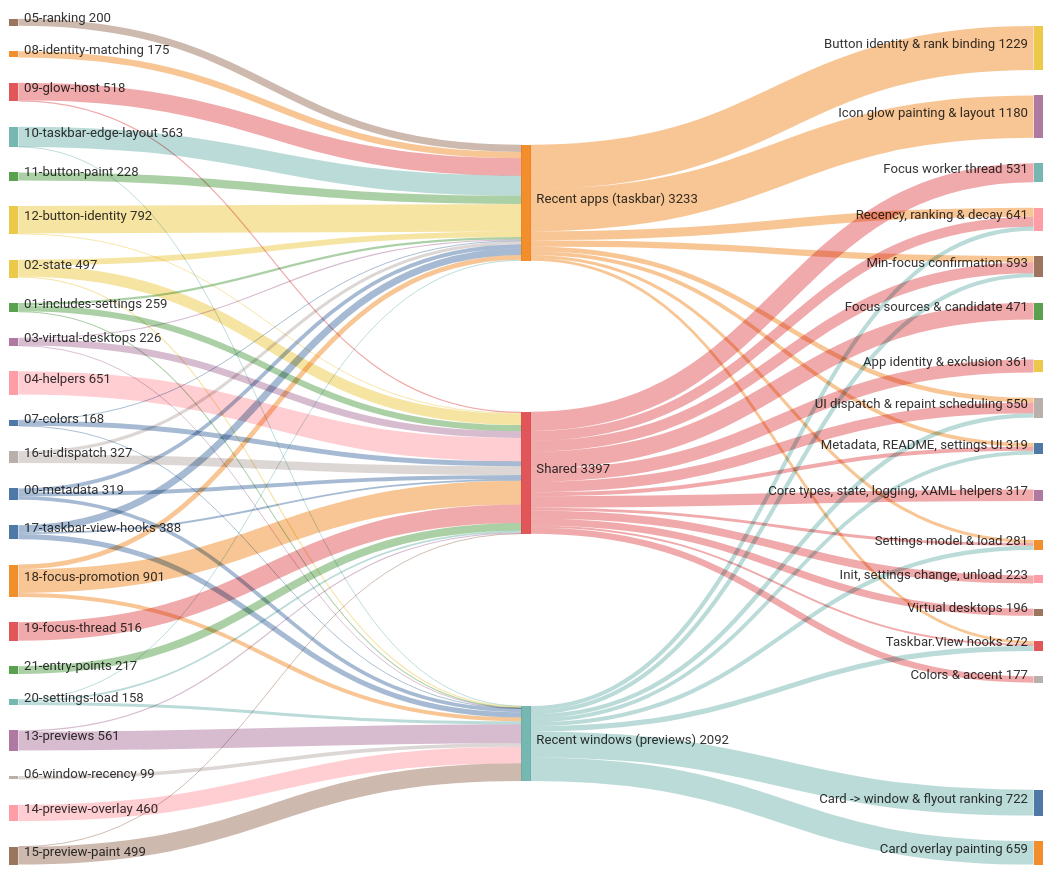
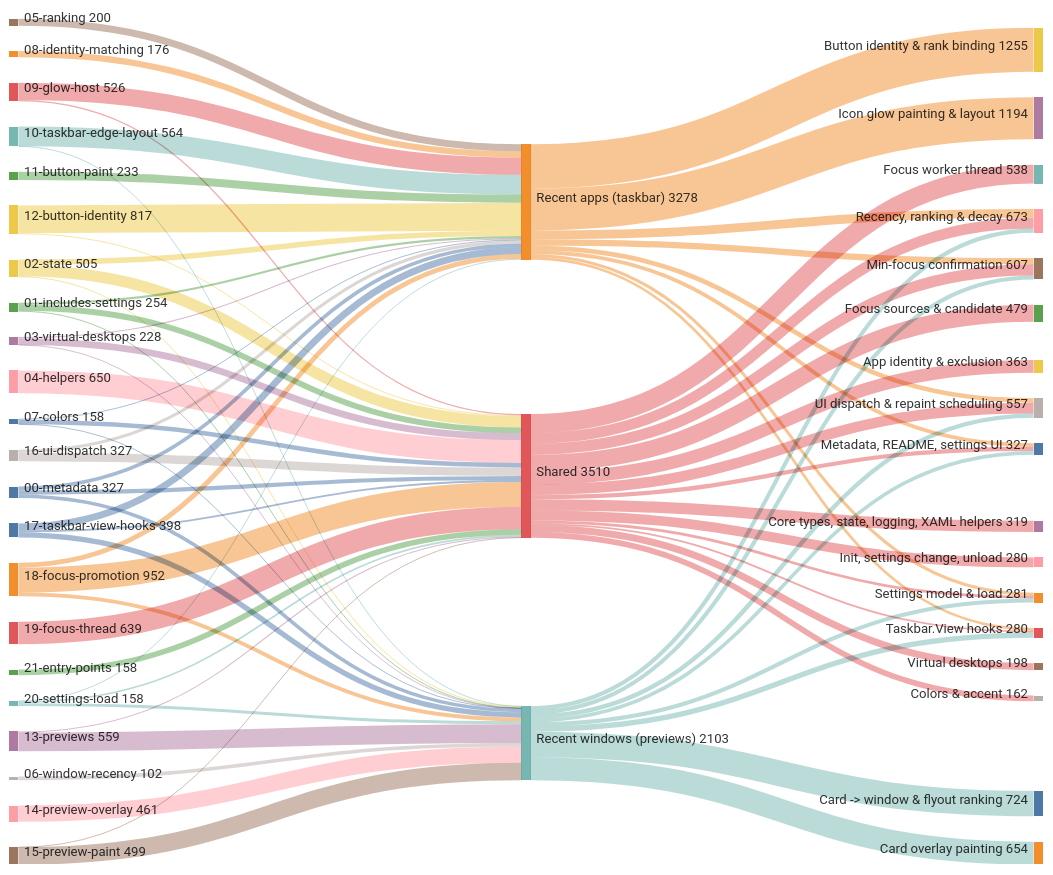
Before and after one commit to jvlasek/taskbar-recent-focus-highlight: the second of 5 diagrams in doc/code/code-breakdown.md, drawn with Mermaid. The commit also changed other lines of this file and 13 other files, not shown here.

````diff
--- a/doc/code/code-breakdown.md
+++ b/doc/code/code-breakdown.md
@@ -38,76 +38,76 @@
 ---
 sankey-beta
 00-metadata,"Recent apps (taskbar)",105
-00-metadata,"Shared",111
+00-metadata,"Shared",119
 00-metadata,"Recent windows (previews)",103
 01-includes-settings,"Recent apps (taskbar)",61
-01-includes-settings,"Shared",170
+01-includes-settings,"Shared",165
 01-includes-settings,"Recent windows (previews)",28
 02-state,"Recent apps (taskbar)",156
-02-state,"Shared",310
-02-state,"Recent windows (previews)",31
+02-state,"Shared",321
+02-state,"Recent windows (previews)",28
 03-virtual-desktops,"Recent apps (taskbar)",31
-03-virtual-desktops,"Shared",190
+03-virtual-desktops,"Shared",192
 03-virtual-desktops,"Recent windows (previews)",5
-04-helpers,"Shared",651
+04-helpers,"Shared",650
 05-ranking,"Recent apps (taskbar)",200
-06-window-recency,"Recent windows (previews)",99
+06-window-recency,"Recent windows (previews)",102
 07-colors,"Recent apps (taskbar)",27
-07-colors,"Shared",139
+07-colors,"Shared",129
 07-colors,"Recent windows (previews)",2
-08-identity-matching,"Recent apps (taskbar)",175
-09-glow-host,"Recent apps (taskbar)",485
+08-identity-matching,"Recent apps (taskbar)",176
+09-glow-host,"Recent apps (taskbar)",493
 09-glow-host,"Shared",33
-10-taskbar-edge-layout,"Recent apps (taskbar)",559
+10-taskbar-edge-layout,"Recent apps (taskbar)",560
 10-taskbar-edge-layout,"Recent windows (previews)",4
-11-button-paint,"Recent apps (taskbar)",228
-12-button-identity,"Recent apps (taskbar)",766
+11-button-paint,"Recent apps (taskbar)",233
+12-button-identity,"Recent apps (taskbar)",791
 12-button-identity,"Shared",26
-13-previews,"Shared",33
-13-previews,"Recent windows (previews)",528
-14-preview-overlay,"Recent windows (previews)",460
+13-previews,"Shared",29
+13-previews,"Recent windows (previews)",530
+14-preview-overlay,"Recent windows (previews)",461
 15-preview-paint,"Shared",4
 15-preview-paint,"Recent windows (previews)",495
 16-ui-dispatch,"Recent apps (taskbar)",87
 16-ui-dispatch,"Shared",240
-17-taskbar-view-hooks,"Recent apps (taskbar)",193
+17-taskbar-view-hooks,"Recent apps (taskbar)",195
 17-taskbar-view-hooks,"Shared",52
-17-taskbar-view-hooks,"Recent windows (previews)",143
-18-focus-promotion,"Recent apps (taskbar)",134
-18-focus-promotion,"Shared",657
+17-taskbar-view-hooks,"Recent windows (previews)",151
+18-focus-promotion,"Recent apps (taskbar)",137
+18-focus-promotion,"Shared",705
 18-focus-promotion,"Recent windows (previews)",110
-19-focus-thread,"Shared",516
+19-focus-thread,"Shared",639
 20-settings-load,"Recent apps (taskbar)",26
 20-settings-load,"Shared",48
 20-settings-load,"Recent windows (previews)",84
-21-entry-points,"Shared",217
-"Recent apps (taskbar)","Button identity & rank binding",1229
-"Recent apps (taskbar)","Icon glow painting & layout",1180
+21-entry-points,"Shared",158
+"Recent apps (taskbar)","Button identity & rank binding",1255
+"Recent apps (taskbar)","Icon glow painting & layout",1194
 "Recent apps (taskbar)","Recency, ranking & decay",251
-"Recent apps (taskbar)","Min-focus confirmation",175
-"Recent apps (taskbar)","UI dispatch & repaint scheduling",129
+"Recent apps (taskbar)","Min-focus confirmation",178
+"Recent apps (taskbar)","UI dispatch & repaint scheduling",131
 "Recent apps (taskbar)","Metadata, README, settings UI",105
 "Recent apps (taskbar)","Settings model & load",87
 "Recent apps (taskbar)","Taskbar.View hooks",77
-"Shared","Focus worker thread",531
-"Shared","Focus sources & candidate",471
-"Shared","App identity & exclusion",361
-"Shared","Core types, state, logging, XAML helpers",317
-"Shared","Min-focus confirmation",303
-"Shared","UI dispatch & repaint scheduling",300
-"Shared","Recency, ranking & decay",277
-"Shared","Init, settings change, unload",223
-"Shared","Virtual desktops",196
-"Shared","Colors & accent",177
-"Shared","Metadata, README, settings UI",111
+"Shared","Focus worker thread",538
+"Shared","Focus sources & candidate",479
+"Shared","App identity & exclusion",363
+"Shared","Core types, state, logging, XAML helpers",319
+"Shared","Min-focus confirmation",314
+"Shared","Recency, ranking & decay",306
+"Shared","UI dispatch & repaint scheduling",302
+"Shared","Init, settings change, unload",280
+"Shared","Virtual desktops",198
+"Shared","Colors & accent",162
+"Shared","Metadata, README, settings UI",119
 "Shared","Settings model & load",78
 "Shared","Taskbar.View hooks",52
-"Recent windows (previews)","Card -> window & flyout ranking",722
-"Recent windows (previews)","Card overlay painting",659
-"Recent windows (previews)","Taskbar.View hooks",143
-"Recent windows (previews)","UI dispatch & repaint scheduling",121
+"Recent windows (previews)","Card -> window & flyout ranking",724
+"Recent windows (previews)","Card overlay painting",654
+"Recent windows (previews)","Taskbar.View hooks",151
+"Recent windows (previews)","UI dispatch & repaint scheduling",124
+"Recent windows (previews)","Recency, ranking & decay",116
 "Recent windows (previews)","Settings model & load",116
 "Recent windows (previews)","Min-focus confirmation",115
-"Recent windows (previews)","Recency, ranking & decay",113
 "Recent windows (previews)","Metadata, README, settings UI",103
 ```
````
